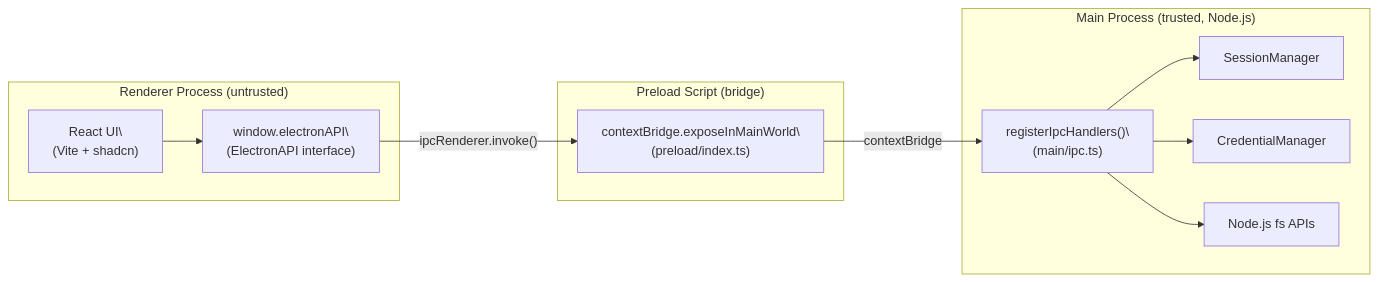
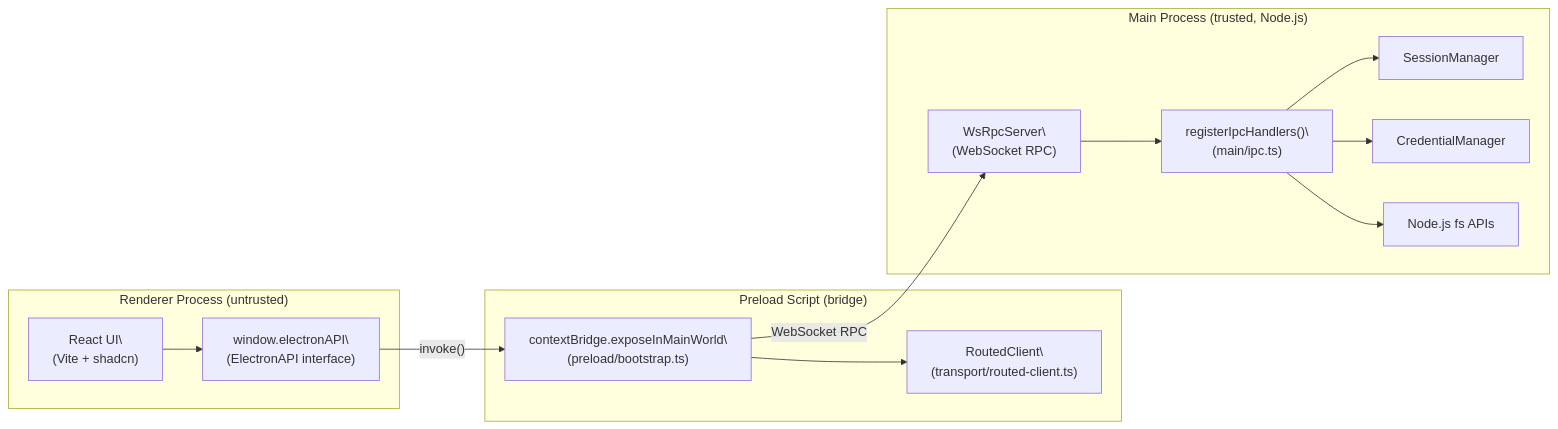
One commit to blackcater/zentree changed the first of 3 diagrams in docs/lukilabs_craft-agents-oss/security/security-architecture.md. Above: the diagram before and after it, drawn with Mermaid. The commit also changed other lines of this file and 232 other files, not shown here.

````diff
--- a/docs/lukilabs_craft-agents-oss/security/security-architecture.md
+++ b/docs/lukilabs_craft-agents-oss/security/security-architecture.md
@@ -38,29 +42,35 @@
 ```mermaid
 flowchart LR
     subgraph "Renderer Process (untrusted)"
         R["React UI\
 (Vite + shadcn)"]
         W["window.electronAPI\
 (ElectronAPI interface)"]
         R --> W
     end
 
     subgraph "Preload Script (bridge)"
         CB["contextBridge.exposeInMainWorld\
-(preload/index.ts)"]
+(preload/bootstrap.ts)"]
+        RC["RoutedClient\
+(transport/routed-client.ts)"]
+        CB --> RC
     end
 
     subgraph "Main Process (trusted, Node.js)"
+        WS["WsRpcServer\
+(WebSocket RPC)"]
         IPC["registerIpcHandlers()\
 (main/ipc.ts)"]
         SM["SessionManager"]
         CM["CredentialManager"]
         FS["Node.js fs APIs"]
+        WS --> IPC
         IPC --> SM
         IPC --> CM
         IPC --> FS
     end
 
-    W -->|"ipcRenderer.invoke()"| CB
-    CB -->|"contextBridge"| IPC
+    W -->|"invoke()"| CB
+    CB -->|"WebSocket RPC"| WS
 ```
````
